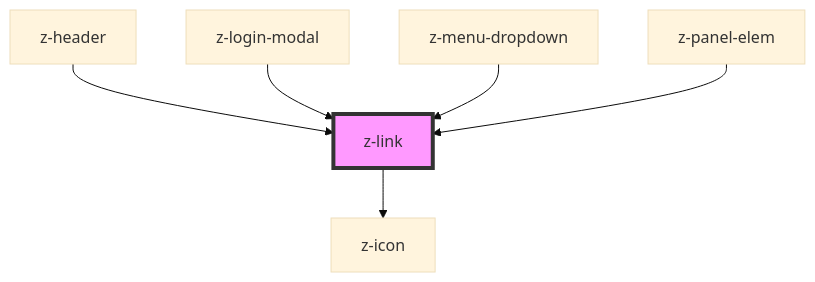
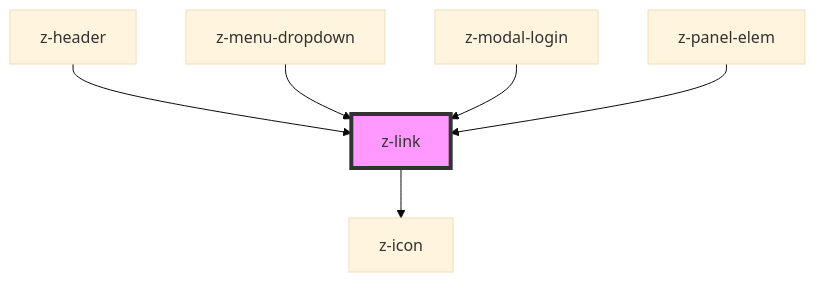
The diagram in src/components/navigation/z-link/readme.md (ZanichelliEditore/design-system), drawn with Mermaid (base theme) before and after one commit. The commit also changed other lines of this file and 12 other files, not shown here.

Commit message:
fix: renamed z-login-modal to z-modal-login

````diff
--- a/src/components/navigation/z-link/readme.md
+++ b/src/components/navigation/z-link/readme.md
@@ -51,9 +51,9 @@
 ```mermaid
 graph TD;
   z-link --> z-icon
   z-header --> z-link
-  z-login-modal --> z-link
   z-menu-dropdown --> z-link
+  z-modal-login --> z-link
   z-panel-elem --> z-link
   style z-link fill:#f9f,stroke:#333,stroke-width:4px
 ```
````
